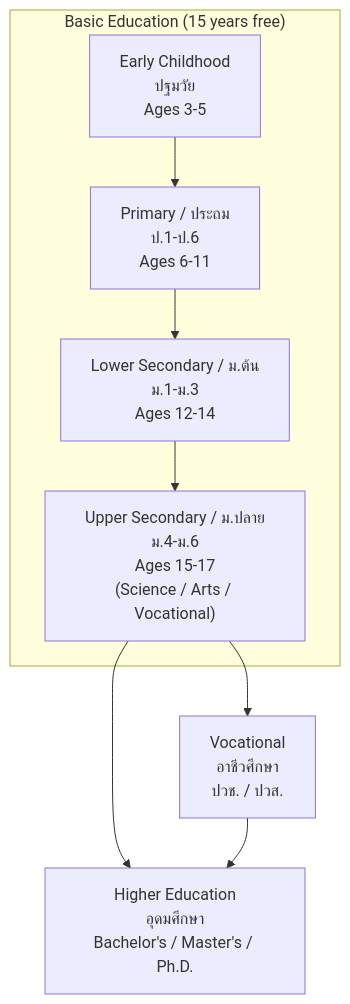
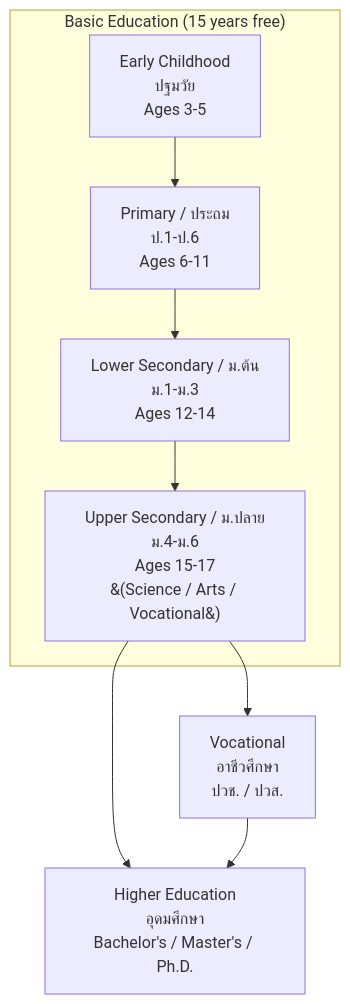
One commit to oat431/general-knowledge changed the diagram in career/teacher/01_Foundations_of_Education.md. Above: the diagram before and after it, drawn with Mermaid. The commit also changed 29 other files, not shown here.

Commit message:
vault backup: 2026-07-28 00:14:47: add lawyer note and fix a error diagram

````diff
--- a/career/teacher/01_Foundations_of_Education.md
+++ b/career/teacher/01_Foundations_of_Education.md
@@ -102,11 +102,11 @@
 ```mermaid
-graph TD
+flowchart TD
     subgraph "Basic Education (15 years free)"
         A[Early Childhood<br/>ปฐมวัย<br/>Ages 3-5] --> B[Primary / ประถม<br/>ป.1-ป.6<br/>Ages 6-11]
         B --> C["Lower Secondary / ม.ต้น<br/>ม.1-ม.3<br/>Ages 12-14"]
-        C --> D["Upper Secondary / ม.ปลาย<br/>ม.4-ม.6<br/>Ages 15-17<br/>(Science / Arts / Vocational)"]
+        C --> D["Upper Secondary / ม.ปลาย<br/>ม.4-ม.6<br/>Ages 15-17<br/>&#40;Science / Arts / Vocational&#41;"]
     end
     D --> E["Higher Education<br/>อุดมศึกษา<br/>Bachelor's / Master's / Ph.D."]
     D --> F["Vocational<br/>อาชีวศึกษา<br/>ปวช. / ปวส."]
     F --> E
 ```
````
